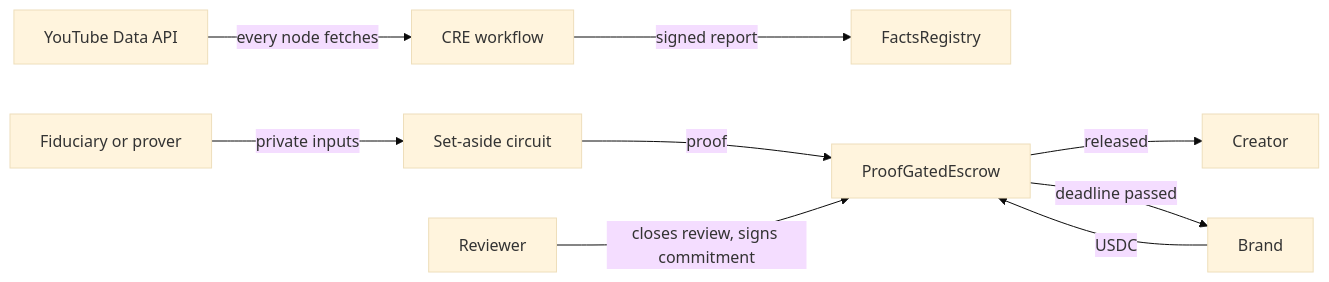
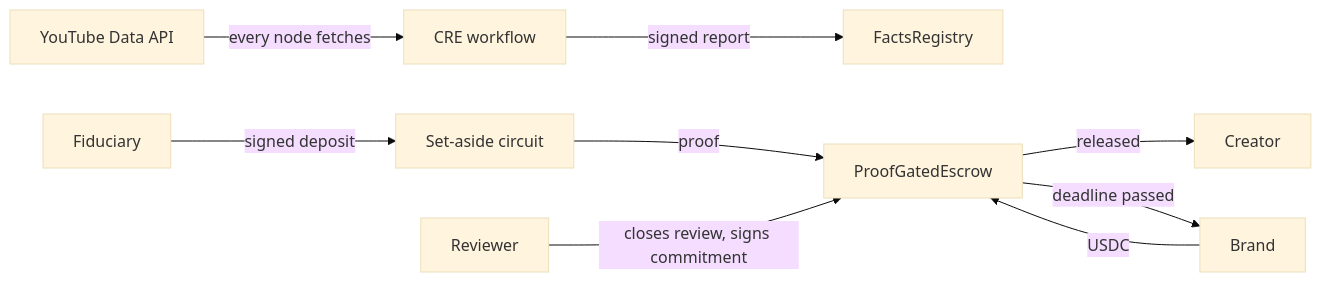
One commit to YASASWIP012/eighteen changed the diagram in ARCHITECTURE.md. Above: the diagram before and after it, drawn with Mermaid (base theme). The commit also changed other lines of this file and 26 other files, not shown here.

````diff
--- a/ARCHITECTURE.md
+++ b/ARCHITECTURE.md
@@ -3,11 +3,11 @@
 ```mermaid
 flowchart LR
   YT[YouTube Data API] -->|every node fetches| WF[CRE workflow]
   WF -->|signed report| FR[FactsRegistry]
-  FID[Fiduciary or prover] -->|private inputs| ZK[Set-aside circuit]
+  FID[Fiduciary] -->|signed deposit| ZK[Set-aside circuit]
   ZK -->|proof| ESC[ProofGatedEscrow]
   REV[Reviewer] -->|closes review, signs commitment| ESC
   BR[Brand] -->|USDC| ESC
   ESC -->|released| CR[Creator]
   ESC -->|deadline passed| BR
 ```
````
